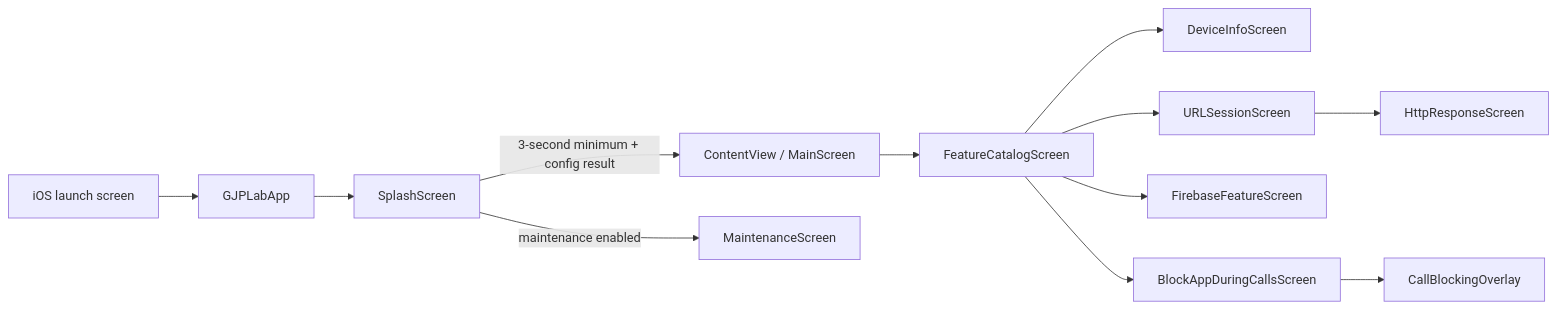
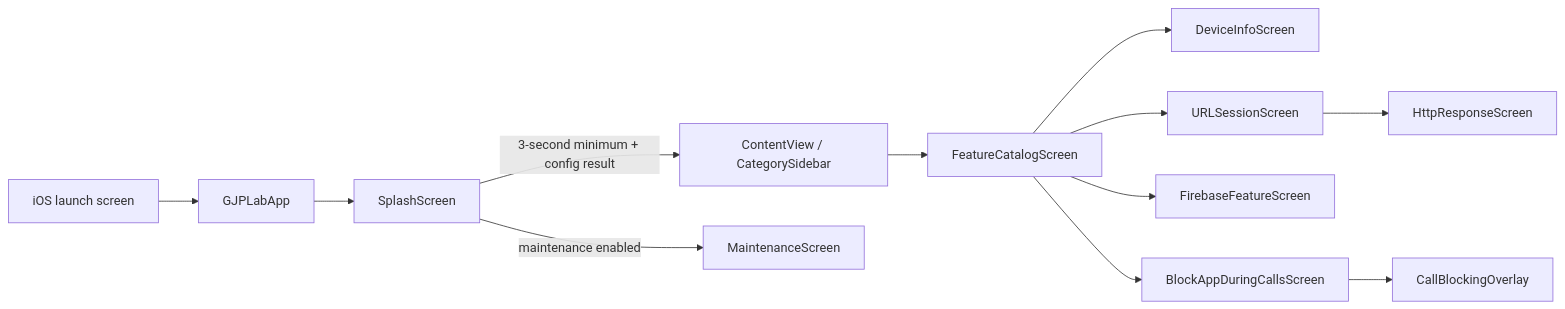
The first of 2 diagrams in doc/architecture/application.md (gjp-ai/gjp-lab-ios-swift), drawn with Mermaid before and after one commit. The commit also changed other lines of this file and 20 other files, not shown here.

First line of the commit message:
Replace dashboard grid with split-view navigation

````diff
--- a/doc/architecture/application.md
+++ b/doc/architecture/application.md
@@ -11,14 +11,14 @@
 ```mermaid
 flowchart LR
     Launch[iOS launch screen] --> App[GJPLabApp]
     App --> Splash[SplashScreen]
-    Splash -->|3-second minimum + config result| Dashboard[ContentView / MainScreen]
+    Splash -->|3-second minimum + config result| Sidebar[ContentView / CategorySidebar]
     Splash -->|maintenance enabled| Maintenance[MaintenanceScreen]
-    Dashboard --> Catalog[FeatureCatalogScreen]
+    Sidebar --> Catalog[FeatureCatalogScreen]
     Catalog --> Device[DeviceInfoScreen]
     Catalog --> HTTP[URLSessionScreen]
     Catalog --> Firebase[FirebaseFeatureScreen]
     HTTP --> Response[HttpResponseScreen]
     Catalog --> Calls[BlockAppDuringCallsScreen]
     Calls --> Overlay[CallBlockingOverlay]
 ```
````
